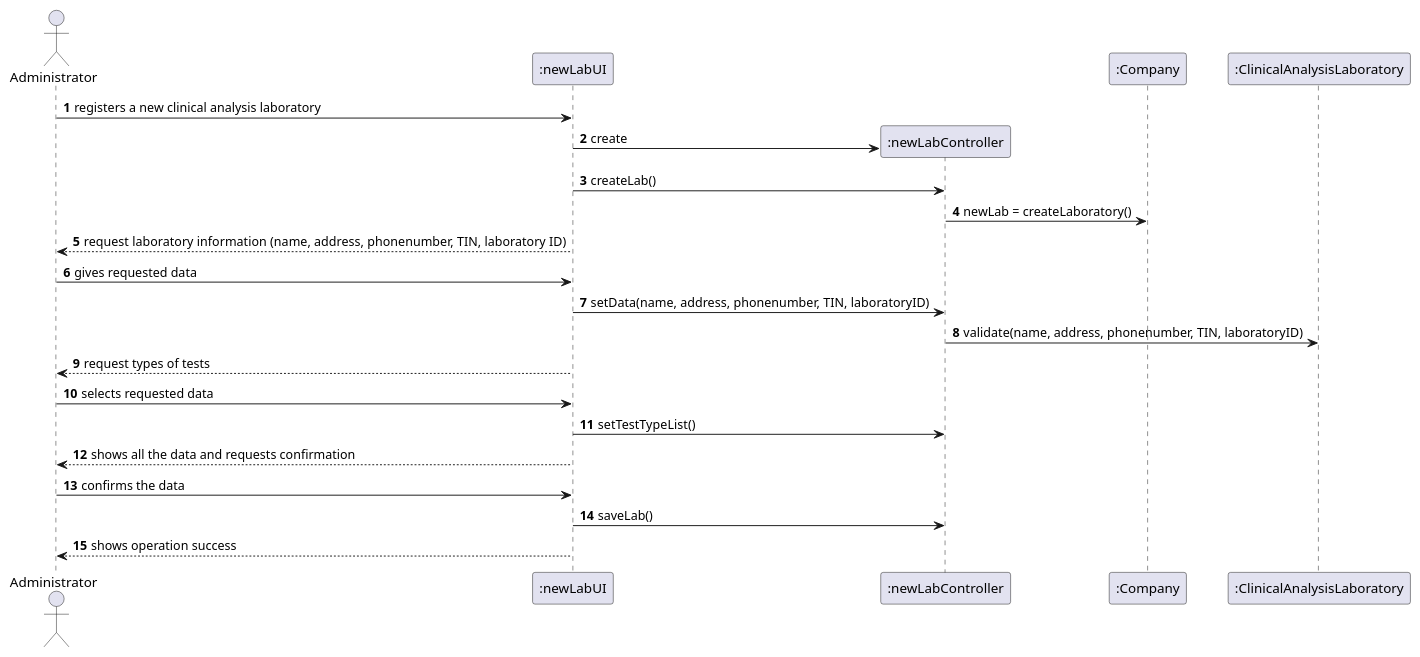
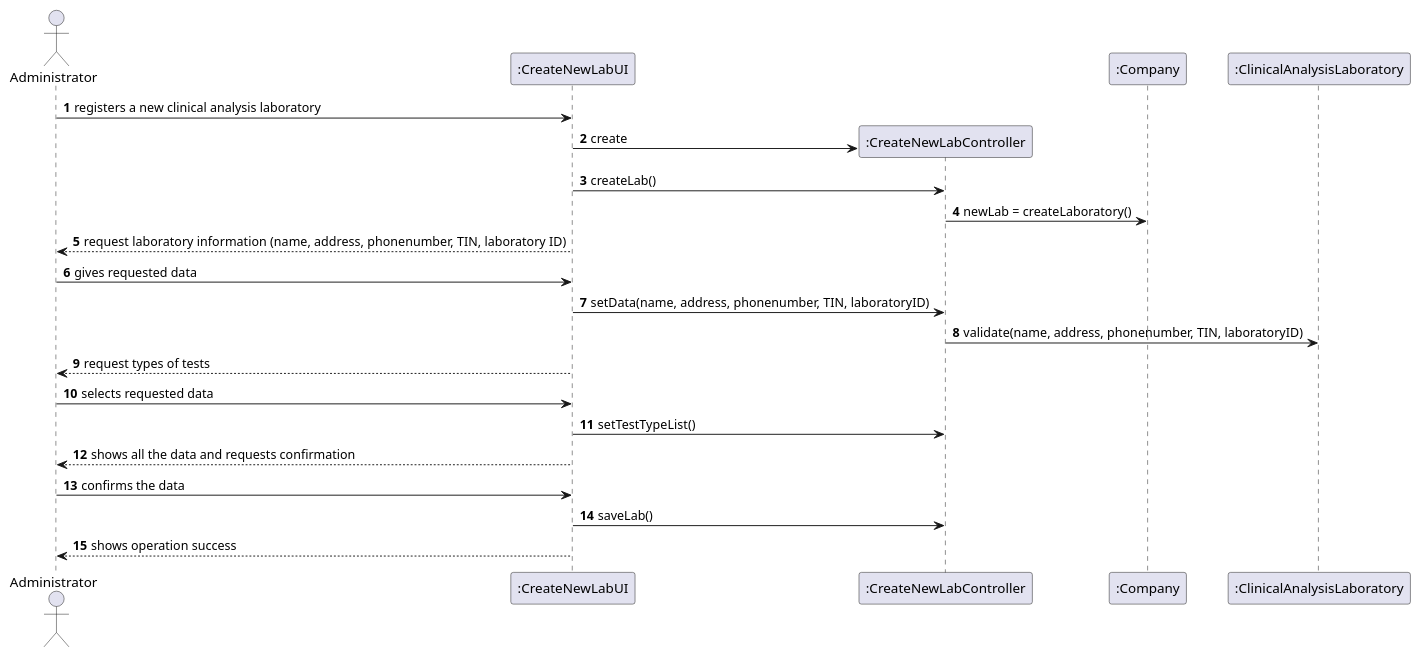
Before and after one commit to MadDinosaur/ISEP-LAPR2: the diagram in docs/SprintB/US8/US8_SD.puml, drawn with PlantUML. The commit also changed 8 other files, not shown here.

```diff
--- a/docs/SprintB/US8/US8_SD.puml
+++ b/docs/SprintB/US8/US8_SD.puml
@@ -1,26 +1,26 @@
 @startuml
 autonumber
 
 actor Administrator as admin
-participant ":newLabUI" as UI
-participant ":newLabController" as controller
+participant ":CreateNewLabUI" as UI
+participant ":CreateNewLabController" as controller
 participant ":Company" as validate
 participant ":ClinicalAnalysisLaboratory" as lab
 
 admin -> UI : registers a new clinical analysis laboratory
 create controller
 UI -> controller : create
 UI -> controller : createLab()
 controller -> validate : newLab = createLaboratory()
 UI --> admin : request laboratory information (name, address, phonenumber, TIN, laboratory ID)
 admin -> UI : gives requested data
 UI -> controller : setData(name, address, phonenumber, TIN, laboratoryID)
 controller -> lab : validate(name, address, phonenumber, TIN, laboratoryID)
 UI --> admin : request types of tests
 admin -> UI : selects requested data
 UI -> controller : setTestTypeList()
 UI --> admin : shows all the data and requests confirmation
 admin -> UI : confirms the data
 UI -> controller : saveLab()
 UI --> admin : shows operation success
 @enduml
```
